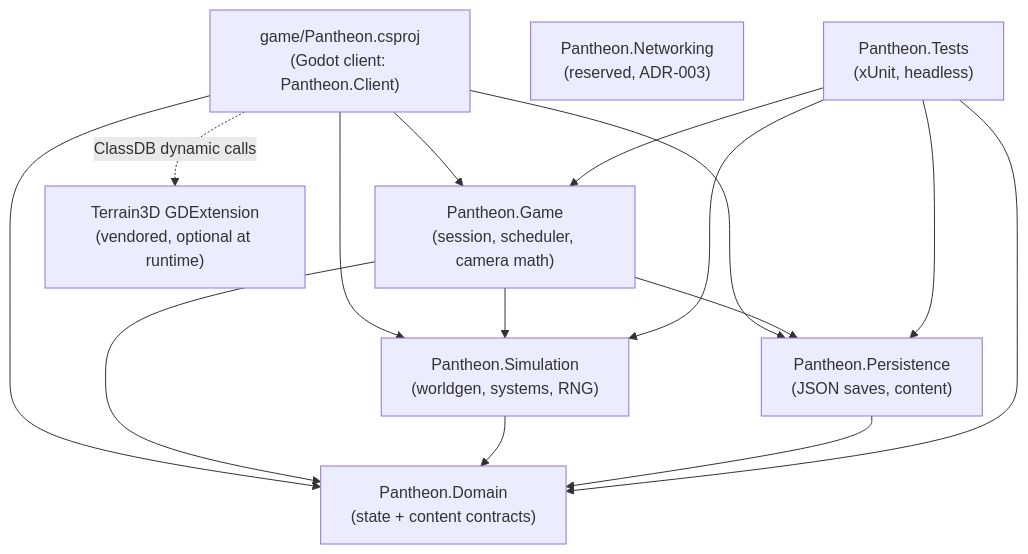
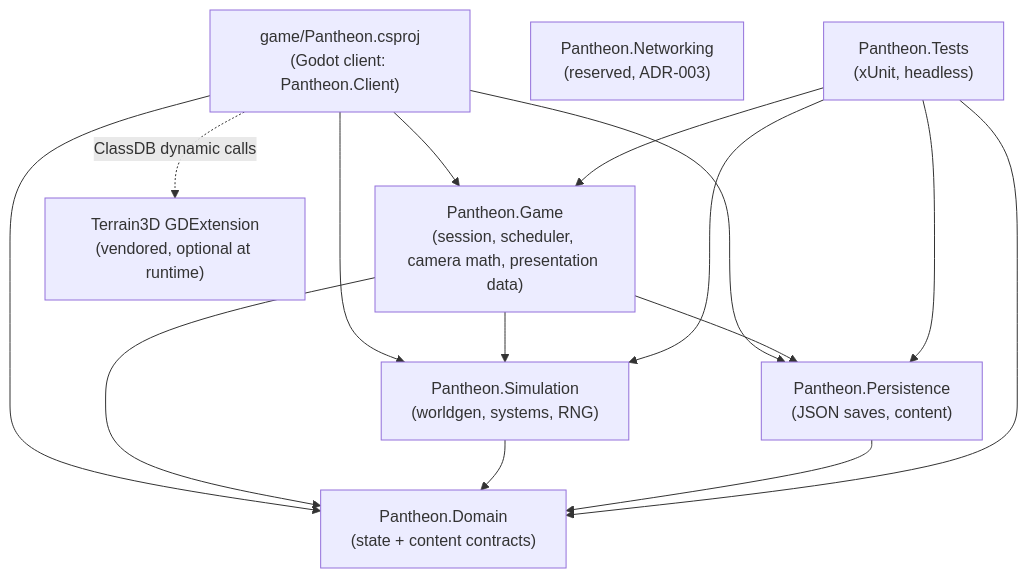
The first of 4 diagrams in .docs/milestone-1-foundation.md (roeyazroel/pantheon), drawn with Mermaid before and after one commit. The commit also changed other lines of this file, not shown here.

````diff
--- a/.docs/milestone-1-foundation.md
+++ b/.docs/milestone-1-foundation.md
@@ -94,26 +137,26 @@
 ```mermaid
 graph TD
     Client["game/Pantheon.csproj<br/>(Godot client: Pantheon.Client)"]
-    Game["Pantheon.Game<br/>(session, scheduler, camera math)"]
+    Game["Pantheon.Game<br/>(session, scheduler, camera math, presentation data)"]
     Sim["Pantheon.Simulation<br/>(worldgen, systems, RNG)"]
     Persist["Pantheon.Persistence<br/>(JSON saves, content)"]
     Domain["Pantheon.Domain<br/>(state + content contracts)"]
     Net["Pantheon.Networking<br/>(reserved, ADR-003)"]
     Tests["Pantheon.Tests<br/>(xUnit, headless)"]
     T3D["Terrain3D GDExtension<br/>(vendored, optional at runtime)"]
 
     Client --> Game
     Client --> Sim
     Client --> Persist
     Client --> Domain
     Client -. "ClassDB dynamic calls" .-> T3D
     Game --> Sim
     Game --> Persist
     Game --> Domain
     Sim --> Domain
     Persist --> Domain
     Tests --> Game
     Tests --> Sim
     Tests --> Persist
     Tests --> Domain
 ```
````
